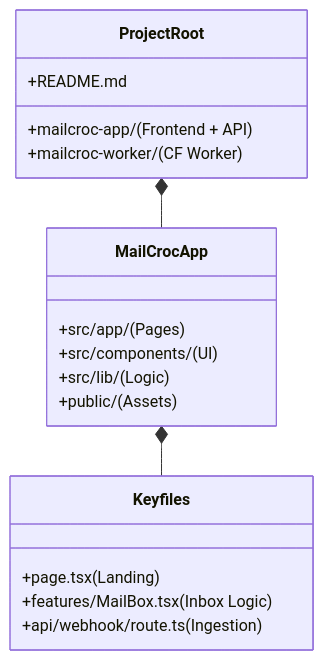
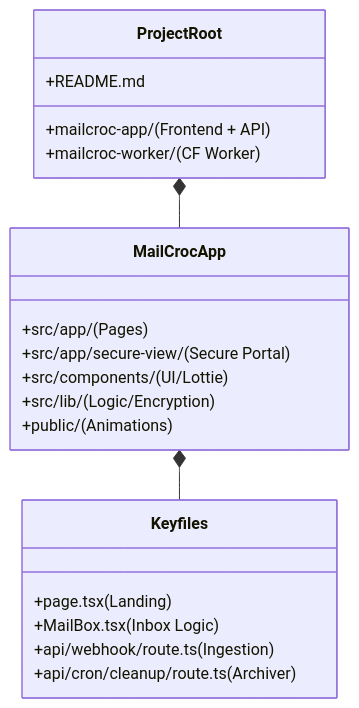
The fifth of 5 diagrams in ARCHITECTURE.md (cybe4sent1nel/mailcroc), drawn with Mermaid before and after one commit. The commit also changed other lines of this file and 11 other files, not shown here.

````diff
--- a/ARCHITECTURE.md
+++ b/ARCHITECTURE.md
@@ -148,24 +157,26 @@
 ```mermaid
 classDiagram
     class ProjectRoot {
         +mailcroc-app/ (Frontend + API)
         +mailcroc-worker/ (CF Worker)
         +README.md
     }
     
     class MailCrocApp {
         +src/app/ (Pages)
-        +src/components/ (UI)
-        +src/lib/ (Logic)
-        +public/ (Assets)
+        +src/app/secure-view/ (Secure Portal)
+        +src/components/ (UI/Lottie)
+        +src/lib/ (Logic/Encryption)
+        +public/ (Animations)
     }
     
     class Keyfiles {
         +page.tsx (Landing)
-        +features/MailBox.tsx (Inbox Logic)
+        +MailBox.tsx (Inbox Logic)
         +api/webhook/route.ts (Ingestion)
+        +api/cron/cleanup/route.ts (Archiver)
     }
 
     ProjectRoot *-- MailCrocApp
     MailCrocApp *-- Keyfiles
 ```
````
